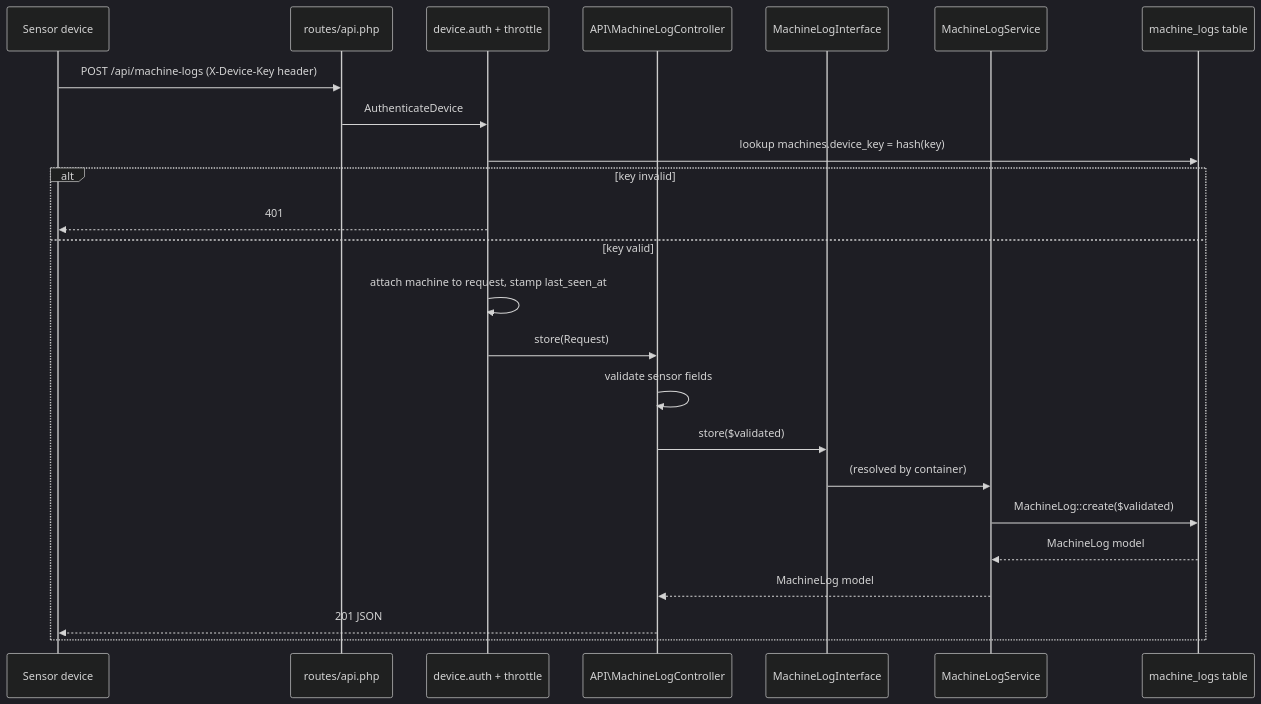
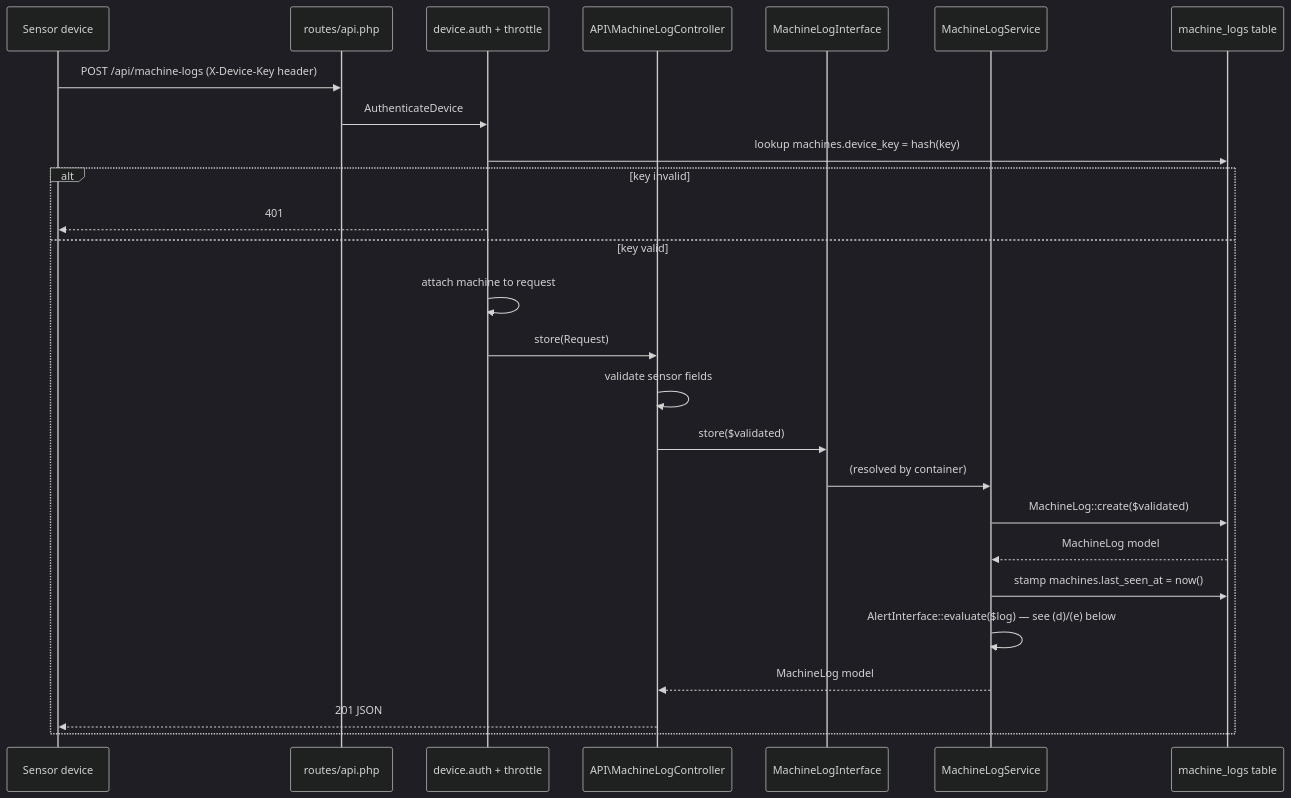
The third of 7 diagrams in docs/02-architecture.md (Zarathustra09/BMS_VISHAY), drawn with Mermaid (dark theme) before and after one commit. The commit also changed other lines of this file and 37 other files, not shown here.

````diff
--- a/docs/02-architecture.md
+++ b/docs/02-architecture.md
@@ -57,27 +57,29 @@
 ```mermaid
 sequenceDiagram
     participant Device as Sensor device
     participant Route as routes/api.php
     participant Mid as device.auth + throttle
     participant Ctrl as API\MachineLogController
     participant Iface as MachineLogInterface
     participant Svc as MachineLogService
     participant DB as machine_logs table
 
     Device->>Route: POST /api/machine-logs (X-Device-Key header)
     Route->>Mid: AuthenticateDevice
     Mid->>DB: lookup machines.device_key = hash(key)
     alt key invalid
         Mid-->>Device: 401
     else key valid
-        Mid->>Mid: attach machine to request, stamp last_seen_at
+        Mid->>Mid: attach machine to request
         Mid->>Ctrl: store(Request)
         Ctrl->>Ctrl: validate sensor fields
         Ctrl->>Iface: store($validated)
         Iface->>Svc: (resolved by container)
         Svc->>DB: MachineLog::create($validated)
         DB-->>Svc: MachineLog model
+        Svc->>DB: stamp machines.last_seen_at = now()
+        Svc->>Svc: AlertInterface::evaluate($log) — see (d)/(e) below
         Svc-->>Ctrl: MachineLog model
         Ctrl-->>Device: 201 JSON
     end
 ```
````
